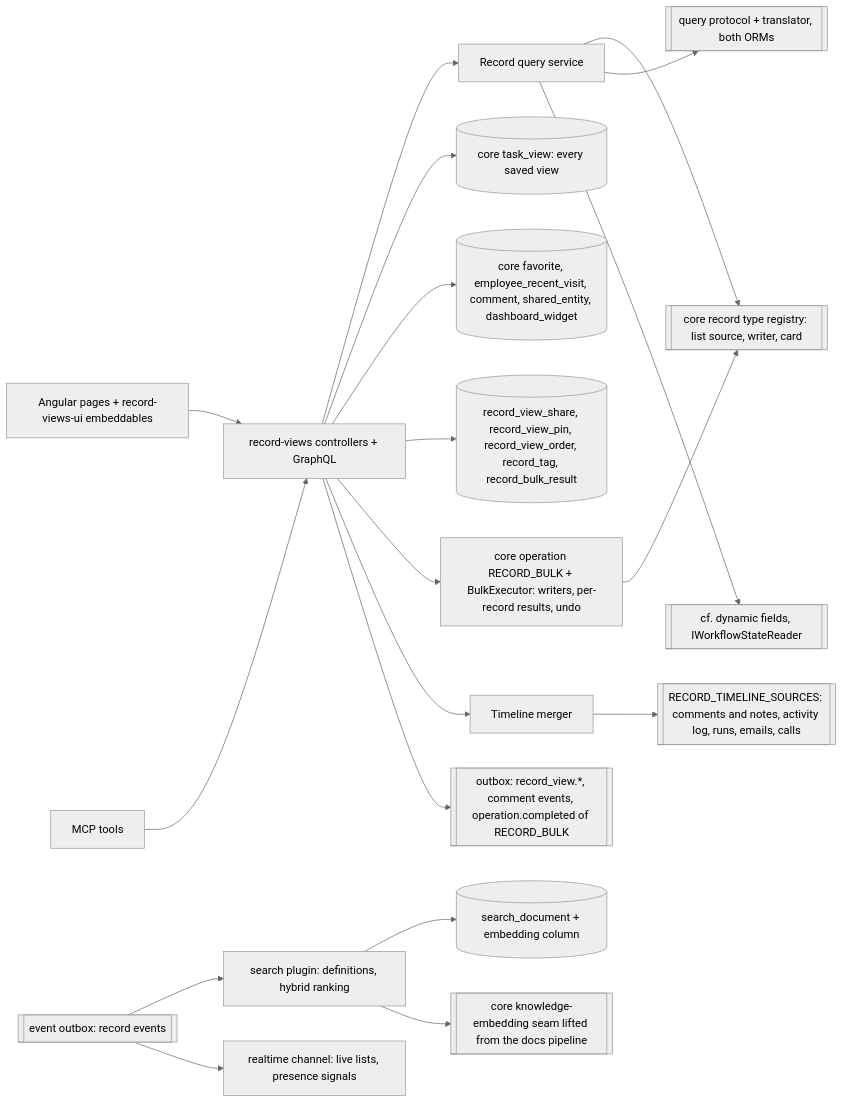
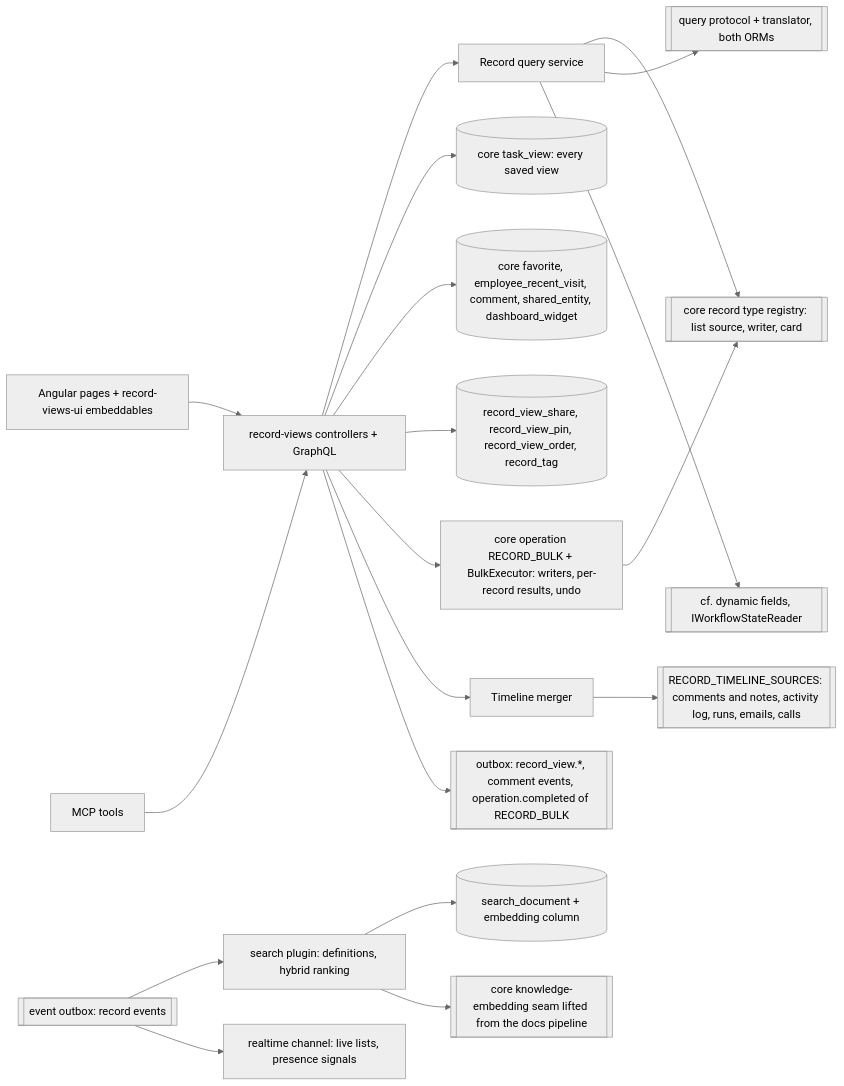
One commit to ever-co/ever-gauzy changed the diagram in docs/specs/features/record-views-and-search/plan.md. Above: the diagram before and after it, drawn with Mermaid (neutral theme). The commit also changed other lines of this file and 205 other files, not shown here.

````diff
--- a/docs/specs/features/record-views-and-search/plan.md
+++ b/docs/specs/features/record-views-and-search/plan.md
@@ -50,17 +50,17 @@
 ```mermaid
 flowchart LR
     NG[Angular pages + record-views-ui embeddables] --> API
     MCP[MCP tools] --> API
     API[record-views controllers + GraphQL] --> QS[Record query service]
     QS --> REG[[core record type registry: list source, writer, card]]
     QS --> QP[[query protocol + translator, both ORMs]]
     QS --> CFQ[[cf. dynamic fields, IWorkflowStateReader]]
     API --> TVS[(core task_view: every saved view)] & FAV[(core favorite, employee_recent_visit, comment, shared_entity, dashboard_widget)]
-    API --> VDB[(record_view_share, record_view_pin, record_view_order, record_tag, record_bulk_result)]
+    API --> VDB[(record_view_share, record_view_pin, record_view_order, record_tag)]
     API --> BULK[core operation RECORD_BULK + BulkExecutor: writers, per-record results, undo] --> REG
     API --> TL[Timeline merger] --> SRC[[RECORD_TIMELINE_SOURCES: comments and notes, activity log, runs, emails, calls]]
     SEARCH[search plugin: definitions, hybrid ranking] --> IDX[(search_document + embedding column)]
     SEARCH --> EMB[[core knowledge-embedding seam lifted from the docs pipeline]]
     OB[[event outbox: record events]] --> SEARCH & RT[realtime channel: live lists, presence signals]
     API --> OUT[[outbox: record_view.*, comment events, operation.completed of RECORD_BULK]]
 ```
````
